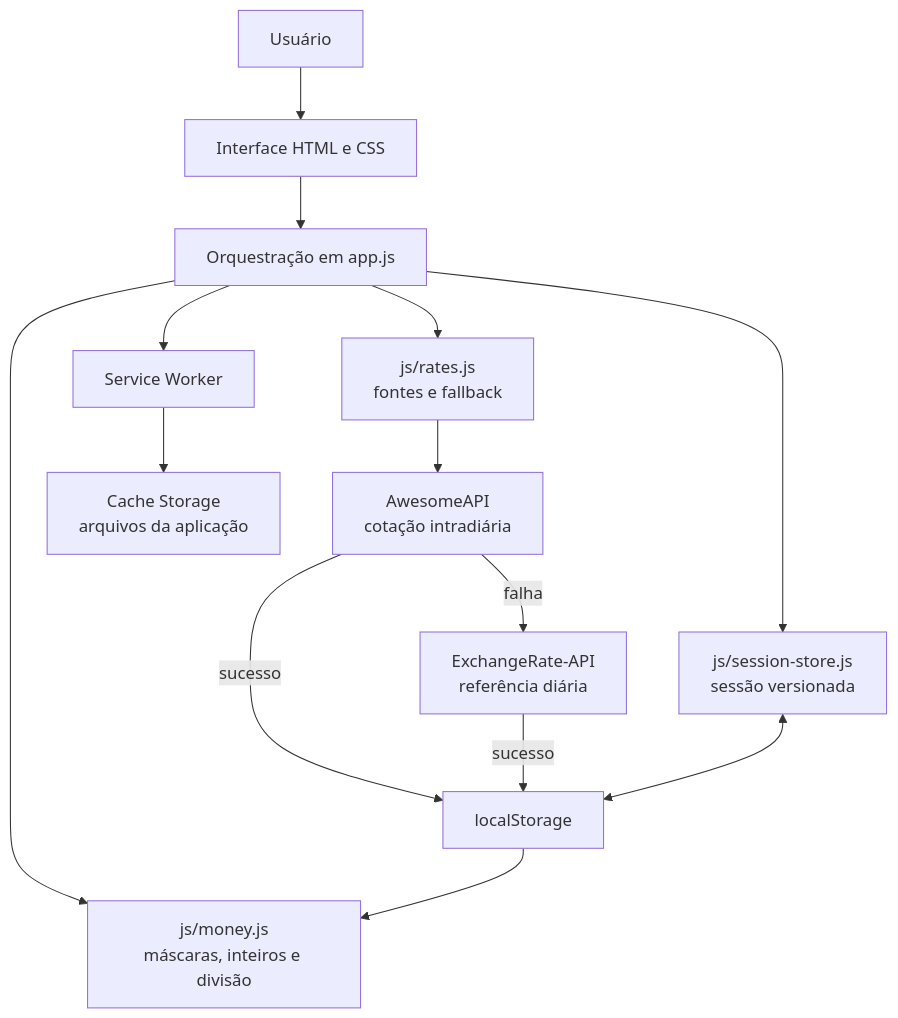
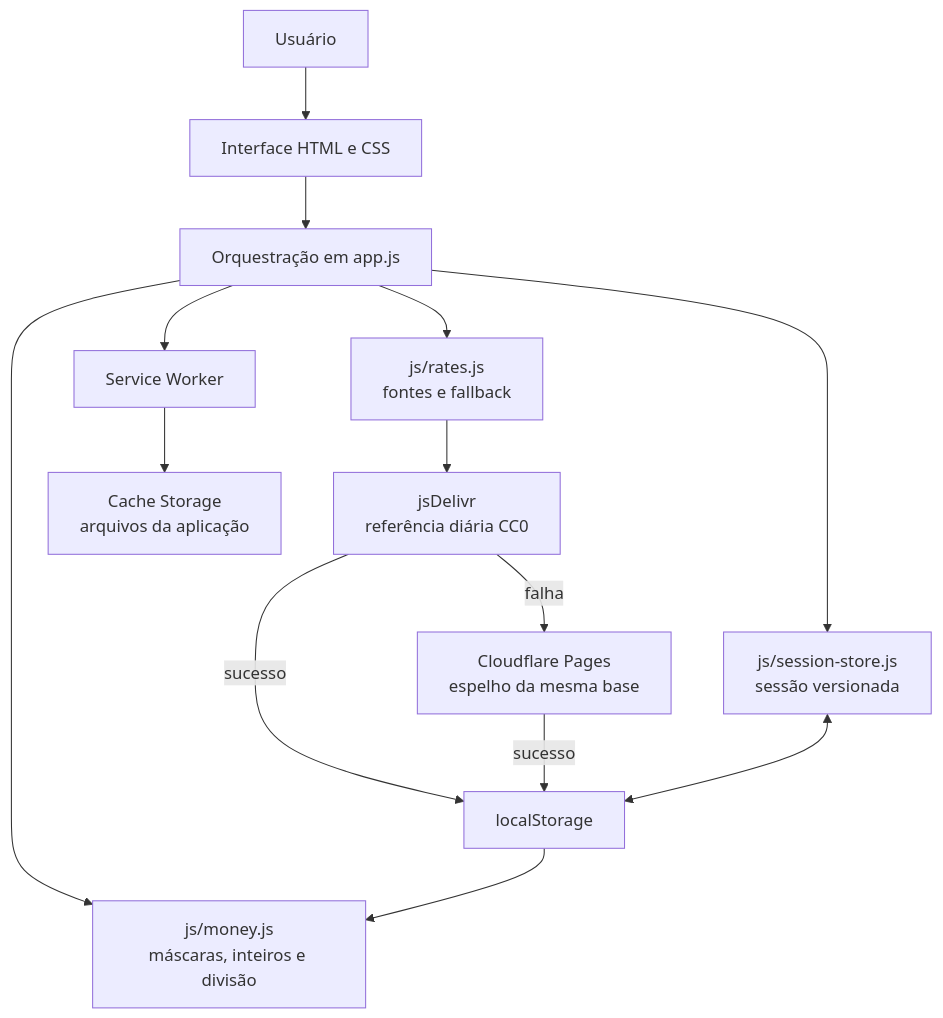
Before and after one commit to rgjuni0r/conversor-clp-brl: the diagram in README.md, drawn with Mermaid. The commit also changed other lines of this file and 12 other files, not shown here.

````diff
--- a/README.md
+++ b/README.md
@@ -70,16 +72,16 @@
 ```mermaid
 flowchart TD
     U[Usuário] --> UI[Interface HTML e CSS]
     UI --> APP[Orquestração em app.js]
     APP --> MONEY[js/money.js<br/>máscaras, inteiros e divisão]
     APP --> SESSION[js/session-store.js<br/>sessão versionada]
     APP --> RATES[js/rates.js<br/>fontes e fallback]
-    RATES --> PRIMARY[AwesomeAPI<br/>cotação intradiária]
+    RATES --> PRIMARY[jsDelivr<br/>referência diária CC0]
     PRIMARY -->|sucesso| STORE[localStorage]
-    PRIMARY -->|falha| FALLBACK[ExchangeRate-API<br/>referência diária]
+    PRIMARY -->|falha| FALLBACK[Cloudflare Pages<br/>espelho da mesma base]
     FALLBACK -->|sucesso| STORE
     SESSION <--> STORE
     STORE --> MONEY
     APP --> SW[Service Worker]
     SW --> CACHE[Cache Storage<br/>arquivos da aplicação]
 ```
````
